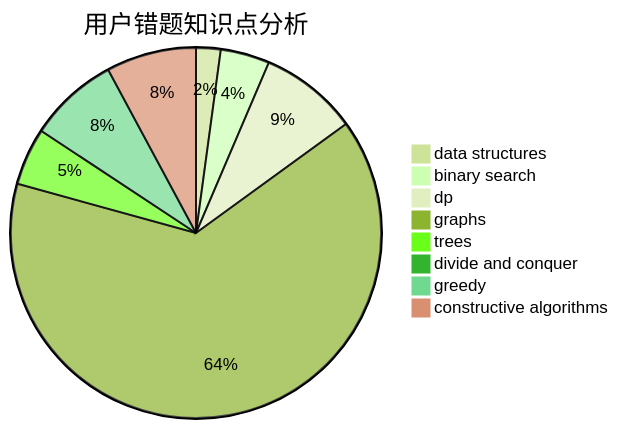
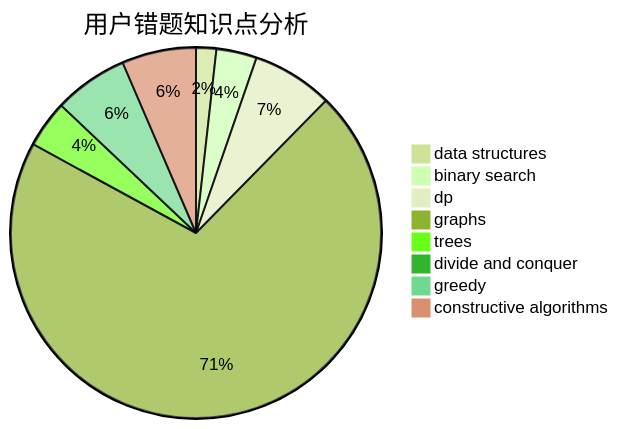
One commit to sherpahu/cfrs.github.io changed the third of 3 diagrams in docs/user/u1439.md. Above: the diagram before and after it, drawn with Mermaid (forest theme). The commit also changed other lines of this file and 2770 other files, not shown here.

````diff
--- a/docs/user/u1439.md
+++ b/docs/user/u1439.md
@@ -36,11 +36,11 @@
 ```mermaid
 pie title 用户错题知识点分析
     "data structures" :  3
     "binary search" :  6
     "dp" :  12
-    "graphs" :  90
+    "graphs" :  120
     "trees" :  7
     "divide and conquer" :  0
     "greedy" :  11
     "constructive algorithms" :  11
 ```
````
